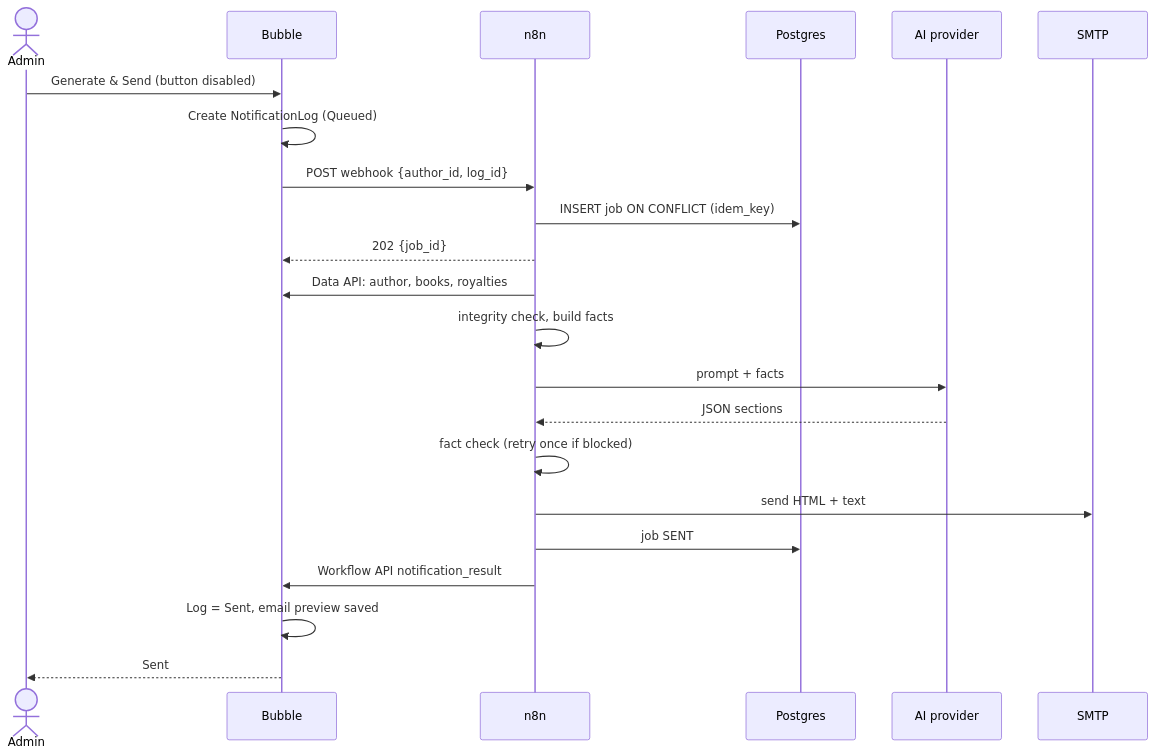
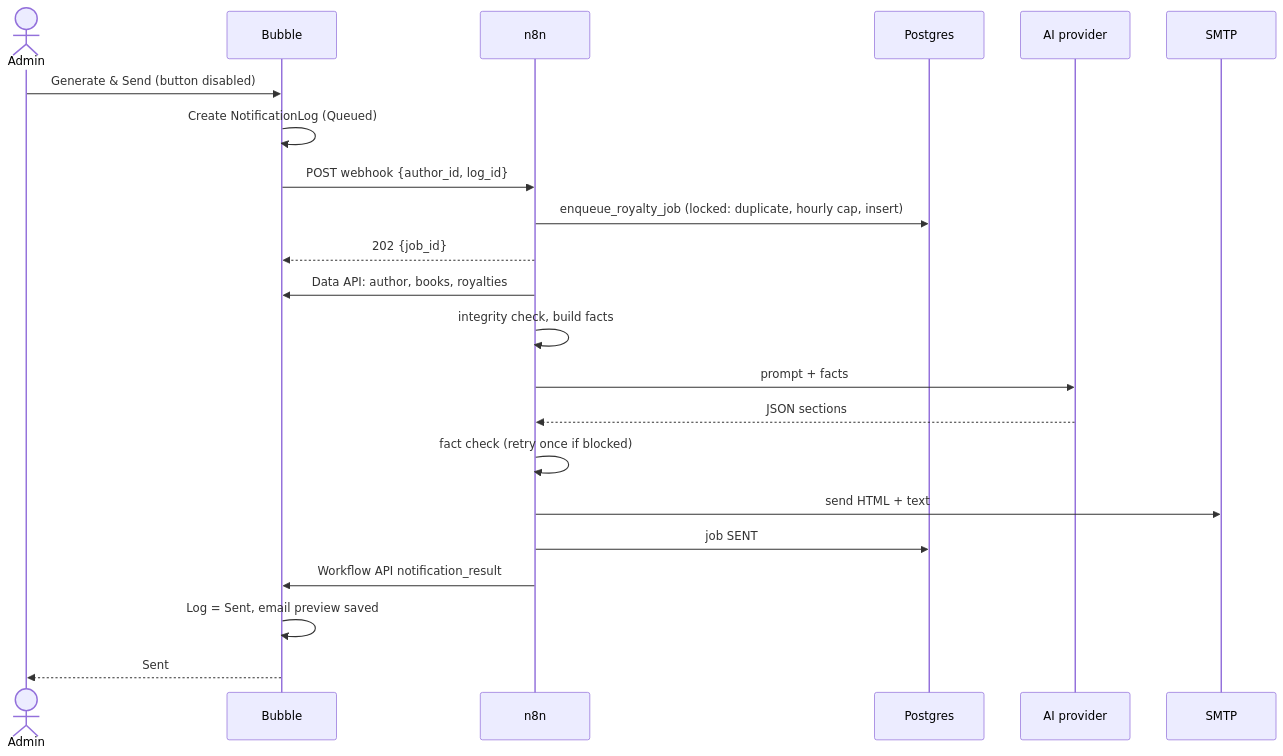
Before and after one commit to akshykmratloop/bookleaf-royalty-automation: the second of 4 diagrams in docs/integration.md, drawn with Mermaid. The commit also changed other lines of this file and 26 other files, not shown here.

First line of the commit message:
refactor(n8n): royalty-summary enqueues through enqueue_royalty_job, with named Switch outputs

````diff
--- a/docs/integration.md
+++ b/docs/integration.md
@@ -39,24 +39,24 @@
 ```mermaid
 sequenceDiagram
   actor Admin
   participant Bub as Bubble
   participant N8 as n8n
   participant PG as Postgres
   participant AI as AI provider
   participant SMTP
   Admin->>Bub: Generate & Send (button disabled)
   Bub->>Bub: Create NotificationLog (Queued)
   Bub->>N8: POST webhook {author_id, log_id}
-  N8->>PG: INSERT job ON CONFLICT (idem_key)
+  N8->>PG: enqueue_royalty_job (locked: duplicate, hourly cap, insert)
   N8-->>Bub: 202 {job_id}
   N8->>Bub: Data API: author, books, royalties
   N8->>N8: integrity check, build facts
   N8->>AI: prompt + facts
   AI-->>N8: JSON sections
   N8->>N8: fact check (retry once if blocked)
   N8->>SMTP: send HTML + text
   N8->>PG: job SENT
   N8->>Bub: Workflow API notification_result
   Bub->>Bub: Log = Sent, email preview saved
   Bub-->>Admin: Sent
 ```
````
